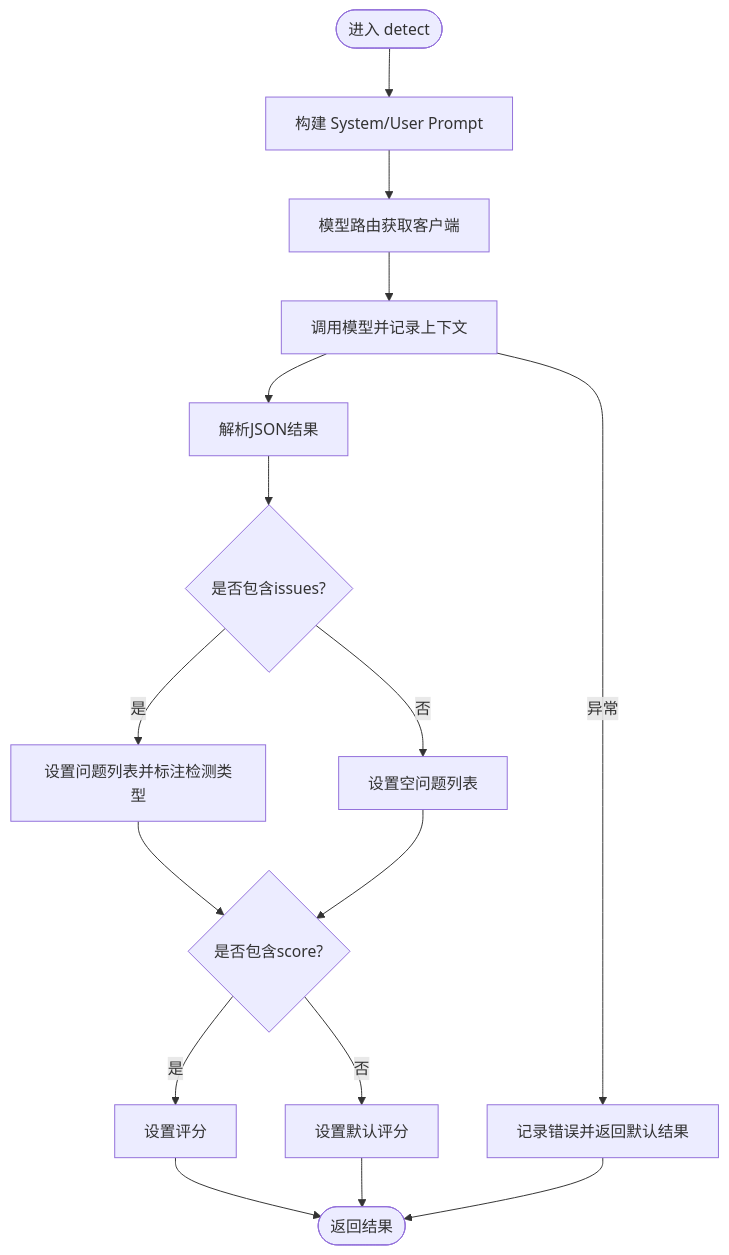
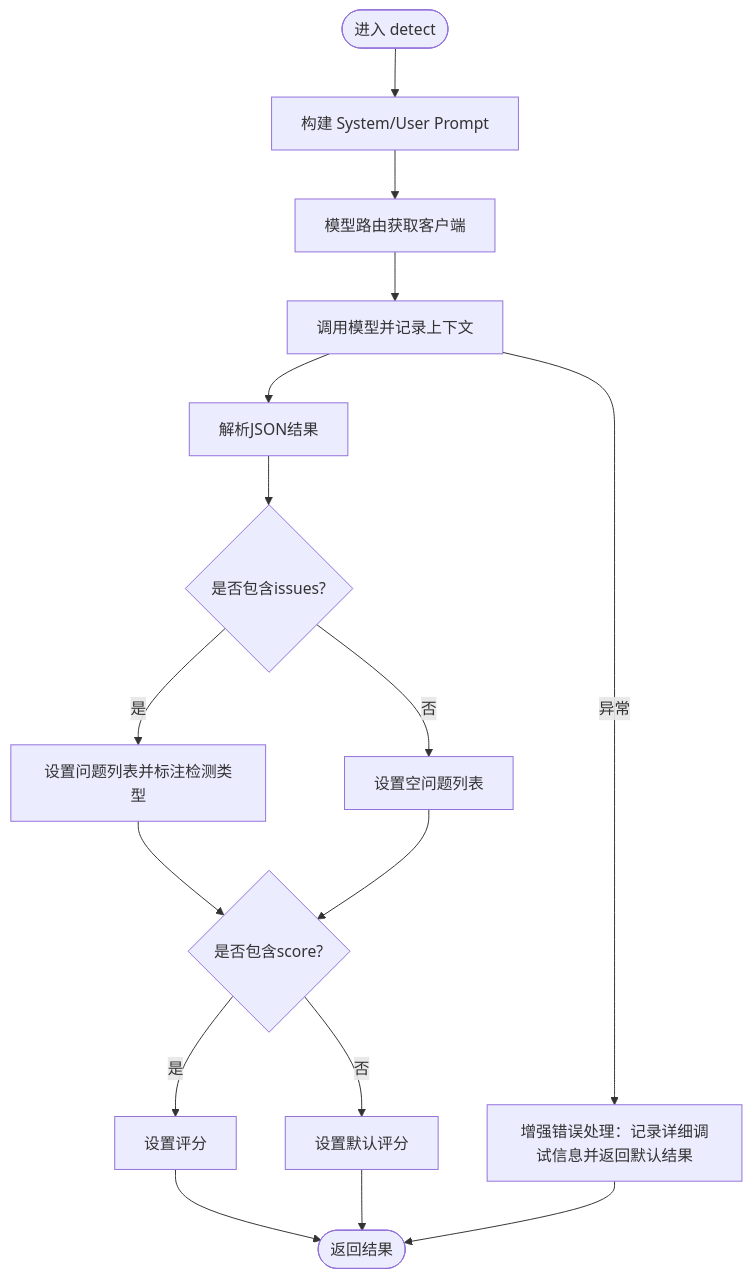
The fourth of 5 diagrams in .qoder/repowiki/zh/content/后端服务/AI处理服务 (ele-ai-tender-ai)/质量检测与合规性检查/检测引擎架构.md (DrunkFood/First), drawn with Mermaid before and after one commit. The commit also changed other lines of this file and 103 other files, not shown here.

````diff
--- a/.qoder/repowiki/zh/content/后端服务/AI处理服务 (ele-ai-tender-ai)/质量检测与合规性检查/检测引擎架构.md
+++ b/.qoder/repowiki/zh/content/后端服务/AI处理服务 (ele-ai-tender-ai)/质量检测与合规性检查/检测引擎架构.md
@@ -170,18 +180,18 @@
 ```mermaid
 flowchart TD
 Start(["进入 detect"]) --> BuildPrompts["构建 System/User Prompt"]
 BuildPrompts --> Route["模型路由获取客户端"]
 Route --> Call["调用模型并记录上下文"]
 Call --> Parse["解析JSON结果"]
 Parse --> HasIssues{"是否包含issues?"}
 HasIssues --> |是| SetIssues["设置问题列表并标注检测类型"]
 HasIssues --> |否| EmptyIssues["设置空问题列表"]
 SetIssues --> ScoreCheck{"是否包含score?"}
 EmptyIssues --> ScoreCheck
 ScoreCheck --> |是| SetScore["设置评分"]
 ScoreCheck --> |否| DefaultScore["设置默认评分"]
 SetScore --> End(["返回结果"])
 DefaultScore --> End
-Call --> |异常| Fallback["记录错误并返回默认结果"]
-Fallback --> End
+Call --> |异常| EnhancedFallback["增强错误处理：记录详细调试信息并返回默认结果"]
+EnhancedFallback --> End
 ```
````
